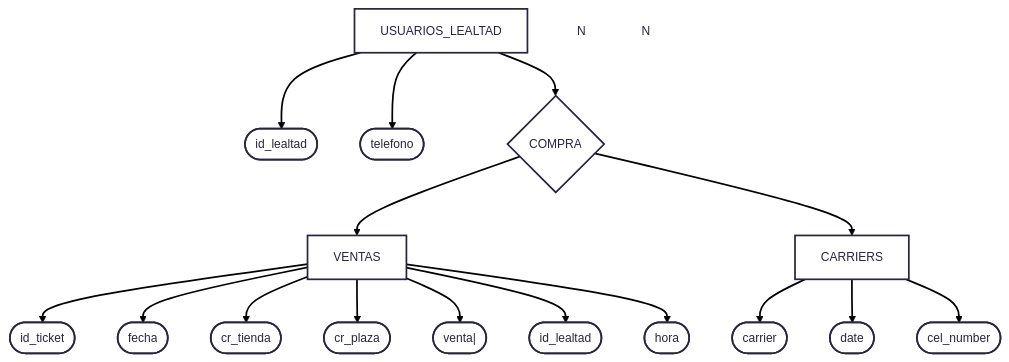
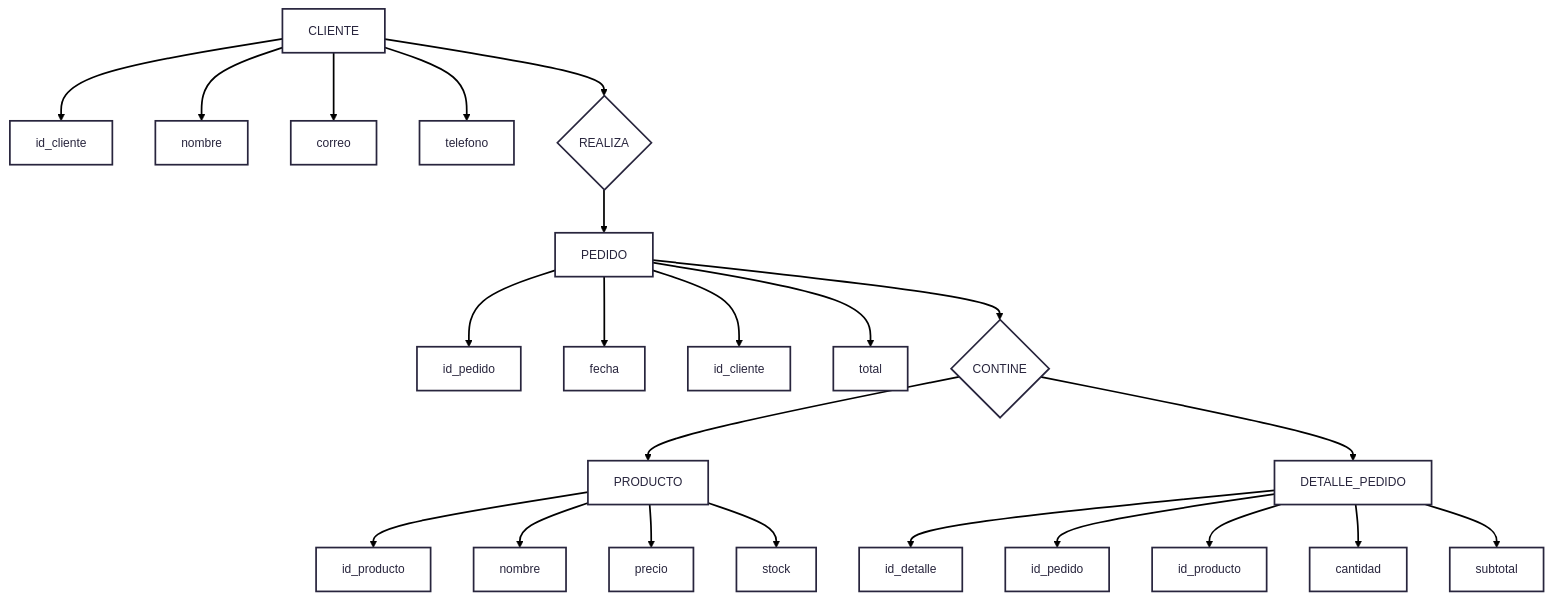
Before and after one commit to OJFerreira91/MCD-BDR-2025-OJF: the diagram in Tarea_#2.md, drawn with Mermaid.

````diff
--- a/Tarea_#2.md
+++ b/Tarea_#2.md
@@ -5,21 +5,24 @@
 ```mermaid
 ---
 config:
   theme: redux
   layout: fixed
 ---
 flowchart TD
-    n1["VENTAS"] --> n6(["id_ticket"]) & n7(["fecha"]) & n5(["cr_tienda"]) & n4(["cr_plaza"]) & n9(["venta|"]) & n10(["id_lealtad"]) & n8(["hora"])
-    n2["CARRIERS"] --> n11(["carrier"]) & n13(["date"]) & n12(["cel_number"])
-    n3["USUARIOS_LEALTAD"] --> n14(["id_lealtad"]) & n15(["telefono"]) & n16["COMPRA"]
-    n16 --> n1 & n2
-    n17["N"]
-    n18["N"]
-    n1@{ shape: rect}
-    n2@{ shape: rect}
-    n3@{ shape: rect}
-    n16@{ shape: diam}
-    n17@{ shape: text}
-    n18@{ shape: text}
+    cliente["CLIENTE"] --> c1["id_cliente"] & c2["nombre"] & c3["correo"] & c4["telefono"] & rel1["REALIZA"]
+    producto["PRODUCTO"] --> p1["id_producto"] & p2["nombre"] & p3["precio"] & p4["stock"]
+    pedido["PEDIDO"] --> pe1["id_pedido"] & pe2["fecha"] & pe3["id_cliente"] & pe4["total"] & rel2["CONTINE"]
+    detalle["DETALLE_PEDIDO"] --> d1["id_detalle"] & d2["id_pedido"] & d3["id_producto"] & d4["cantidad"] & d5["subtotal"]
+    rel1 --> pedido
+    rel2 --> producto & detalle
+
+    rel1@{ shape: diam}
+    rel2@{ shape: diam}
+     cliente:::entidad
+     rel1:::relacion
+     producto:::entidad
+     pedido:::entidad
+     rel2:::relacion
+     detalle:::entidad
 
 ```
````
